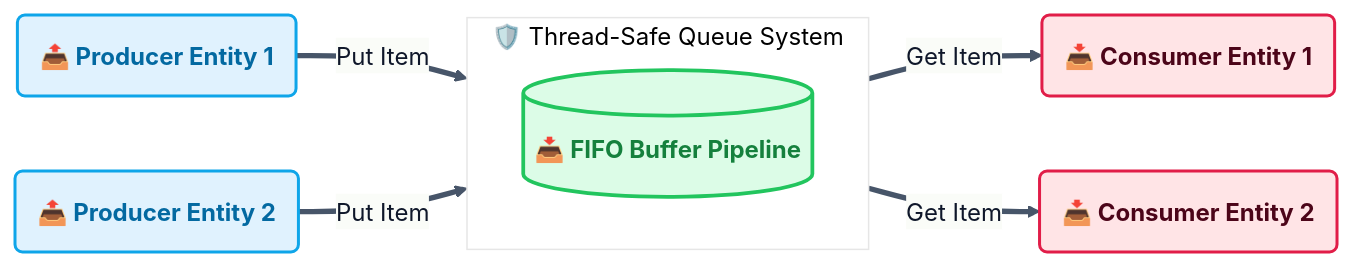
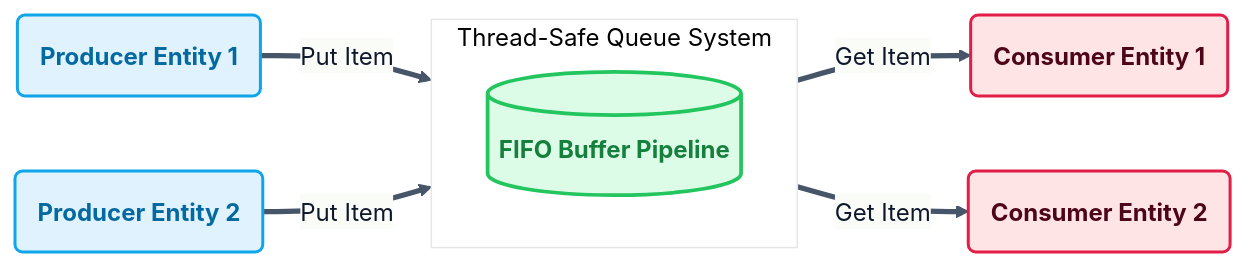
One commit to RameenAnwar/PDC-SP26-SE changed the ninth of 9 diagrams in SyedMuhammadHuzaifaAshrafi-(23FA-035-SE)/Chapter02/README.md. Above: the diagram before and after it, drawn with Mermaid. The commit also changed other lines of this file and 5 other files, not shown here.

````diff
--- a/SyedMuhammadHuzaifaAshrafi-(23FA-035-SE)/Chapter02/README.md
+++ b/SyedMuhammadHuzaifaAshrafi-(23FA-035-SE)/Chapter02/README.md
@@ -328,28 +328,28 @@
 ```mermaid
 %%{init: {'theme': 'base', 'themeVariables': { 'lineColor': '#475569', 'primaryColor': '#f8fafc', 'primaryTextColor': '#0f172a', 'primaryBorderColor': '#cbd5e1' }}}%%
 flowchart LR
     %% Premium Queue Pipe Visual
     classDef queue fill:#dcfce7,stroke:#22c55e,stroke-width:2.5px,color:#15803d,font-weight:bold
     classDef prod fill:#e0f2fe,stroke:#0ea5e9,stroke-width:2px,color:#0369a1,font-weight:bold
     classDef cons fill:#ffe4e6,stroke:#e11d48,stroke-width:2px,color:#4c0519,font-weight:bold
 
-    P1("📤 Producer Entity 1")
-    P2("📤 Producer Entity 2")
+    P1("Producer Entity 1")
+    P2("Producer Entity 2")
     
-    subgraph QUEUE_PIPE ["🛡️ Thread-Safe Queue System"]
+    subgraph QUEUE_PIPE ["Thread-Safe Queue System"]
         direction LR
-        Q[("📥 FIFO Buffer Pipeline")]
+        Q[("FIFO Buffer Pipeline")]
     end
 
-    C1("📥 Consumer Entity 1")
-    C2("📥 Consumer Entity 2")
+    C1("Consumer Entity 1")
+    C2("Consumer Entity 2")
 
     P1 == "Put Item" ==> Q
     P2 == "Put Item" ==> Q
     Q == "Get Item" ==> C1
     Q == "Get Item" ==> C2
 
     class Q queue
     class P1,P2 prod
     class C1,C2 cons
 ```
````
